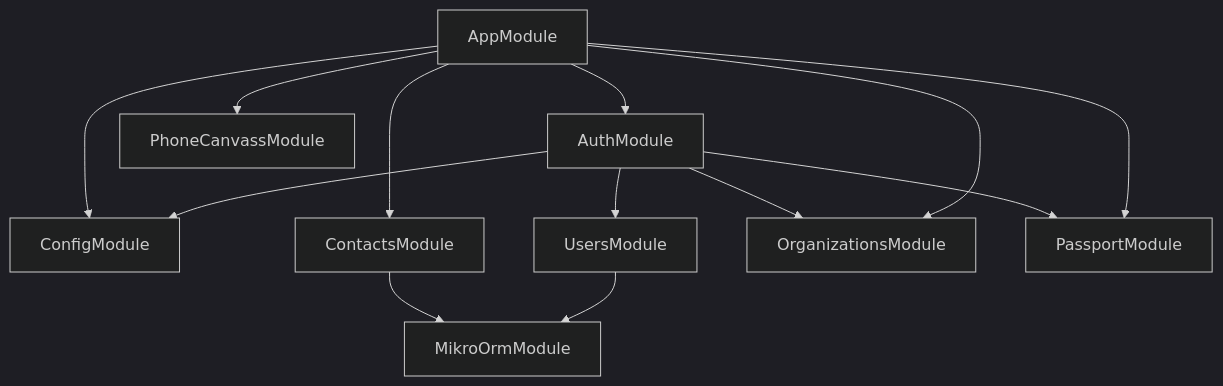
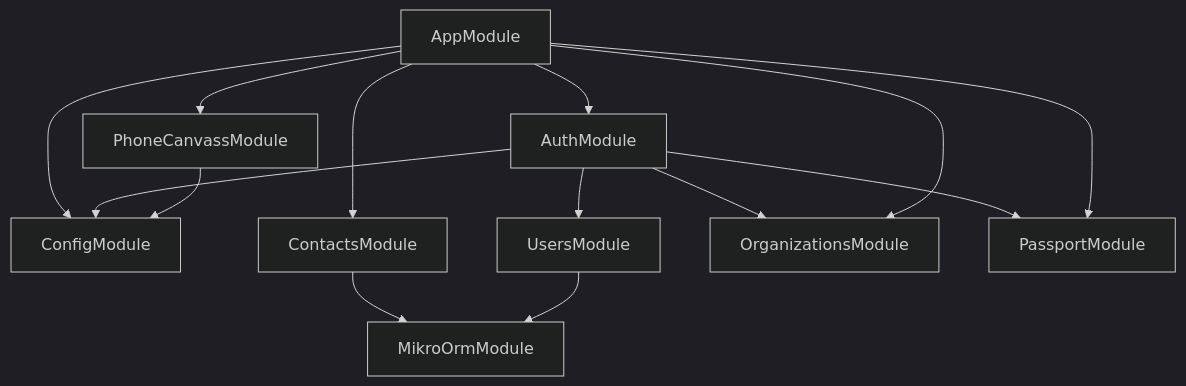
Before and after one commit to gpo/grassroots: the diagram in docs/DependencyGraph.md, drawn with Mermaid (dark theme). The commit also changed 18 other files, not shown here.

````diff
--- a/docs/DependencyGraph.md
+++ b/docs/DependencyGraph.md
@@ -1,15 +1,16 @@
 ```mermaid
 graph TD
   AppModule-->ConfigModule
 AppModule-->ContactsModule
 ContactsModule-->MikroOrmModule
 AppModule-->AuthModule
 AuthModule-->UsersModule
 UsersModule-->MikroOrmModule
 AuthModule-->OrganizationsModule
 AuthModule-->PassportModule
 AuthModule-->ConfigModule
 AppModule-->PassportModule
 AppModule-->OrganizationsModule
 AppModule-->PhoneCanvassModule
+PhoneCanvassModule-->ConfigModule
 ```
````
